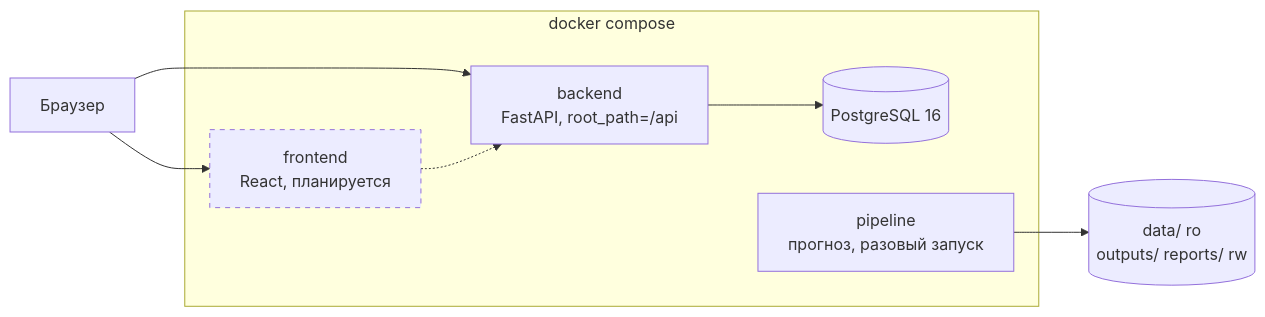
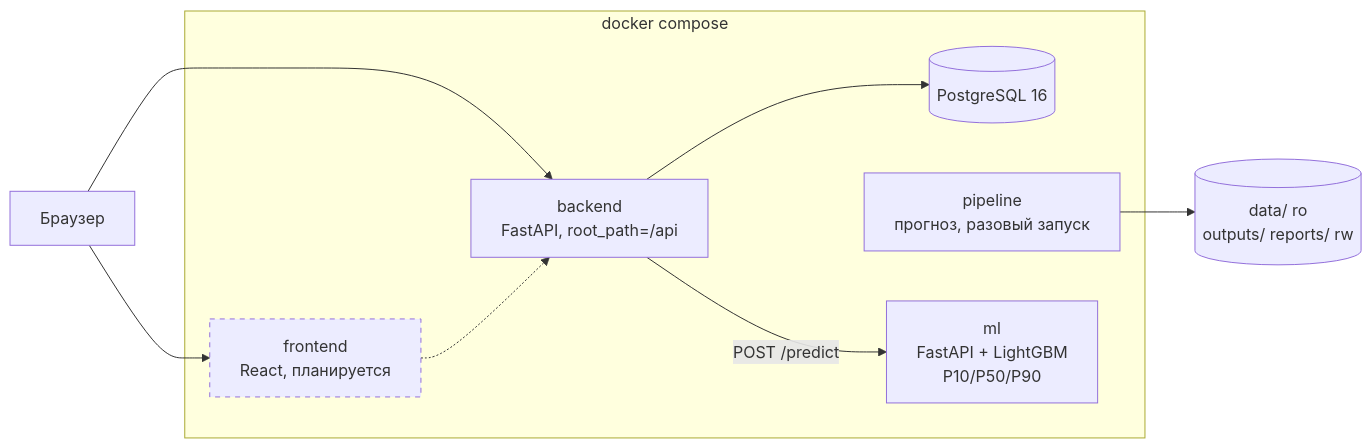
The first of 2 diagrams in docs/ARCHITECTURE.md (BAITC-Hacks/hack-5e5a1903-mg-ai), drawn with Mermaid before and after one commit. The commit also changed other lines of this file and 33 other files, not shown here.

````diff
--- a/docs/ARCHITECTURE.md
+++ b/docs/ARCHITECTURE.md
@@ -5,24 +5,27 @@
 ```mermaid
 flowchart LR
     Client["Браузер"]
     FE["frontend<br/>React, планируется"]
     BE["backend<br/>FastAPI, root_path=/api"]
     DB[("PostgreSQL 16")]
     PL["pipeline<br/>прогноз, разовый запуск"]
+    ML["ml<br/>FastAPI + LightGBM<br/>P10/P50/P90"]
     VOL[("data/ ro<br/>outputs/ reports/ rw")]
 
     Client --> FE
     Client --> BE
     FE -.-> BE
     BE --> DB
     PL --> VOL
+    BE -- "POST /predict" --> ML
 
     subgraph compose["docker compose"]
         FE
         BE
         DB
         PL
+        ML
     end
 
     style FE stroke-dasharray: 5 5
 ```
````
